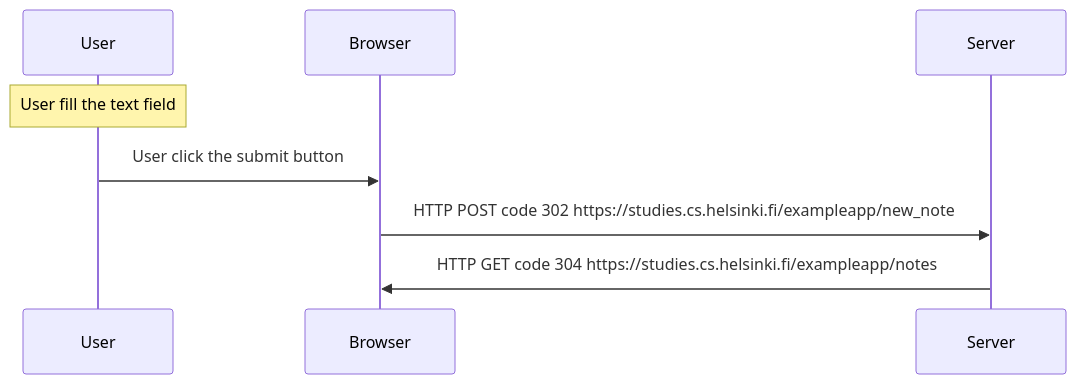
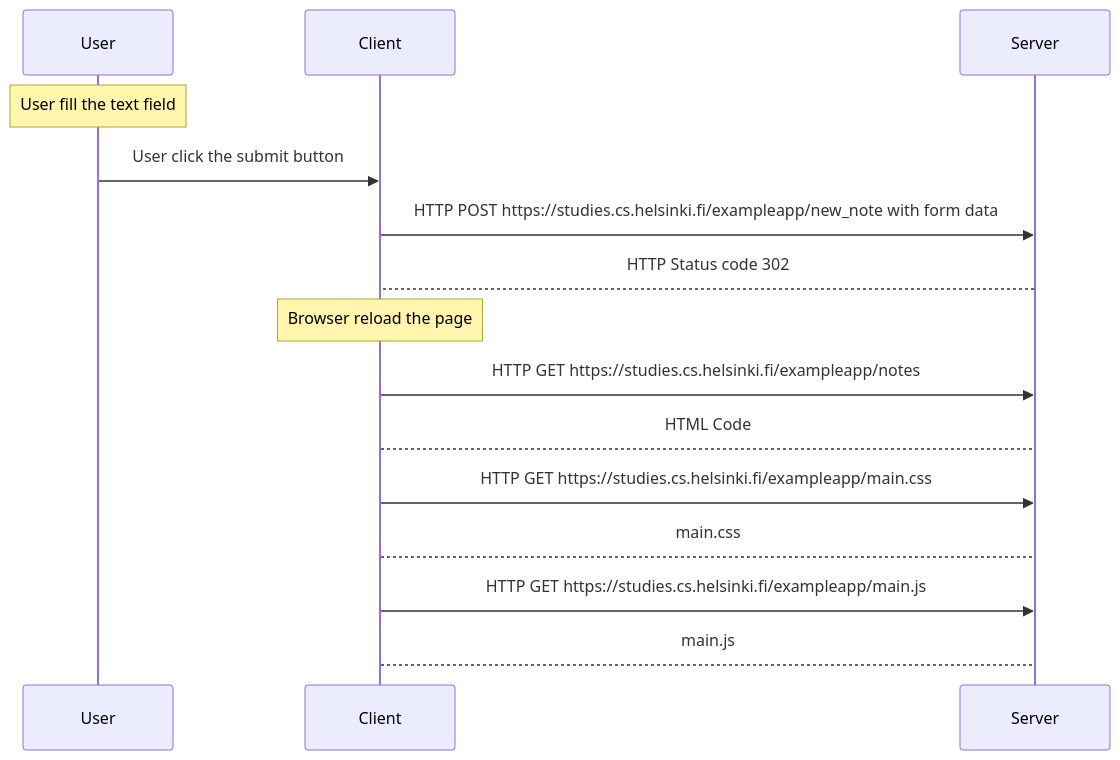
One commit to FeveRCC/FullStackCourse changed the diagram in Part0/New_notes.md. Above: the diagram before and after it, drawn with Mermaid.

````diff
--- a/Part0/New_notes.md
+++ b/Part0/New_notes.md
@@ -1,12 +1,19 @@
 ```mermaid
 sequenceDiagram
     participant User
-    participant Browser
+    participant Client
     participant Server
     
     Note over User : User fill the text field
-    User ->> Browser : User click the submit button
-    Browser ->> Server : HTTP POST code 302 https://studies.cs.helsinki.fi/exampleapp/new_note
-    Server ->> Browser : HTTP GET code 304 https://studies.cs.helsinki.fi/exampleapp/notes
+    User ->> Client : User click the submit button
+    Client ->> Server : HTTP POST https://studies.cs.helsinki.fi/exampleapp/new_note with form data
+    Server --> Client : HTTP Status code 302
+    Note over Client : Browser reload the page
+    Client ->> Server : HTTP GET https://studies.cs.helsinki.fi/exampleapp/notes
+    Client --> Server : HTML Code
+    Client ->> Server : HTTP GET https://studies.cs.helsinki.fi/exampleapp/main.css
+    Client --> Server : main.css
+    Client ->> Server : HTTP GET https://studies.cs.helsinki.fi/exampleapp/main.js
+    Client --> Server : main.js
     
 ```
````
